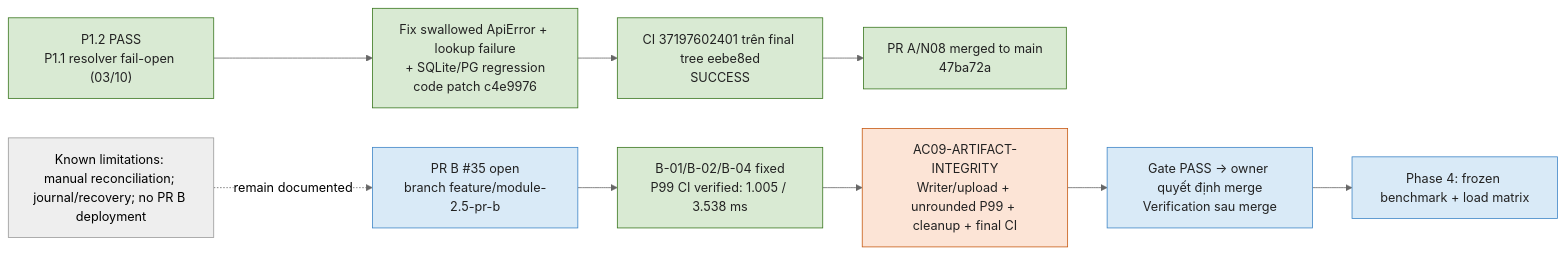
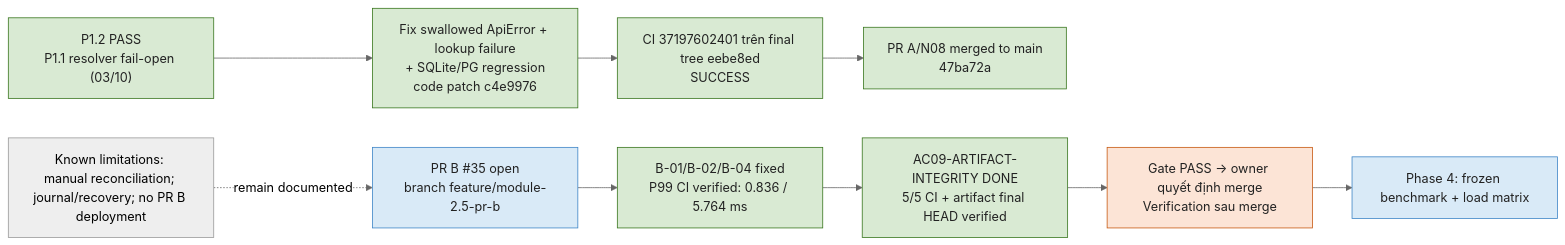
One commit to tuteemovaixlong/CSKH_ban_le changed the first of 2 diagrams in docs/PLAN_EXECUTION_HANDOFF_GPT6_ASTRA.md. Above: the diagram before and after it, drawn with Mermaid (neutral theme). The commit also changed other lines of this file and 6 other files, not shown here.

Commit message:
docs(pr-b): sync reviewer review and handoff for PRB-MERGE-POSTVERIFY trigger

````diff
--- a/docs/PLAN_EXECUTION_HANDOFF_GPT6_ASTRA.md
+++ b/docs/PLAN_EXECUTION_HANDOFF_GPT6_ASTRA.md
@@ -232,19 +232,19 @@
 ```mermaid
 flowchart LR
     N08["P1.2 PASS<br/>P1.1 resolver fail-open (03/10)"] --> Fix["Fix swallowed ApiError + lookup failure<br/>+ SQLite/PG regression<br/>code patch c4e9976"]
     Fix --> SHA["CI 37197602401 trên final tree eebe8ed<br/>SUCCESS"]
     SHA --> Merge["PR A/N08 merged to main<br/>47ba72a"]
 
     PRB["PR B #35 open<br/>branch feature/module-2.5-pr-b"]
-    PRB --> Fix2["B-01/B-02/B-04 fixed<br/>P99 CI verified: 1.005 / 3.538 ms"]
-    Fix2 --> Verify["AC09-ARTIFACT-INTEGRITY<br/>Writer/upload + unrounded P99 + cleanup + final CI"]
+    PRB --> Fix2["B-01/B-02/B-04 fixed<br/>P99 CI verified: 0.836 / 5.764 ms"]
+    Fix2 --> Verify["AC09-ARTIFACT-INTEGRITY DONE<br/>5/5 CI + artifact final HEAD verified"]
     Verify --> Owner["Gate PASS → owner quyết định merge<br/>Verification sau merge"]
     Owner --> Phase4["Phase 4: frozen benchmark + load matrix"]
     Limit["Known limitations: manual reconciliation; journal/recovery; no PR B deployment"] -. "remain documented" .-> PRB
     classDef done fill:#d9ead3,stroke:#38761d,color:#222
     classDef pending fill:#fce4d6,stroke:#c65911,color:#222
     classDef next fill:#d9eaf7,stroke:#3d85c6,color:#222
-    class N08,Fix,SHA,Merge,Fix2 done
-    class Verify pending
-    class PRB,Owner,Phase4 next
+    class N08,Fix,SHA,Merge,Fix2,Verify done
+    class Owner pending
+    class PRB,Phase4 next
 ```
````
